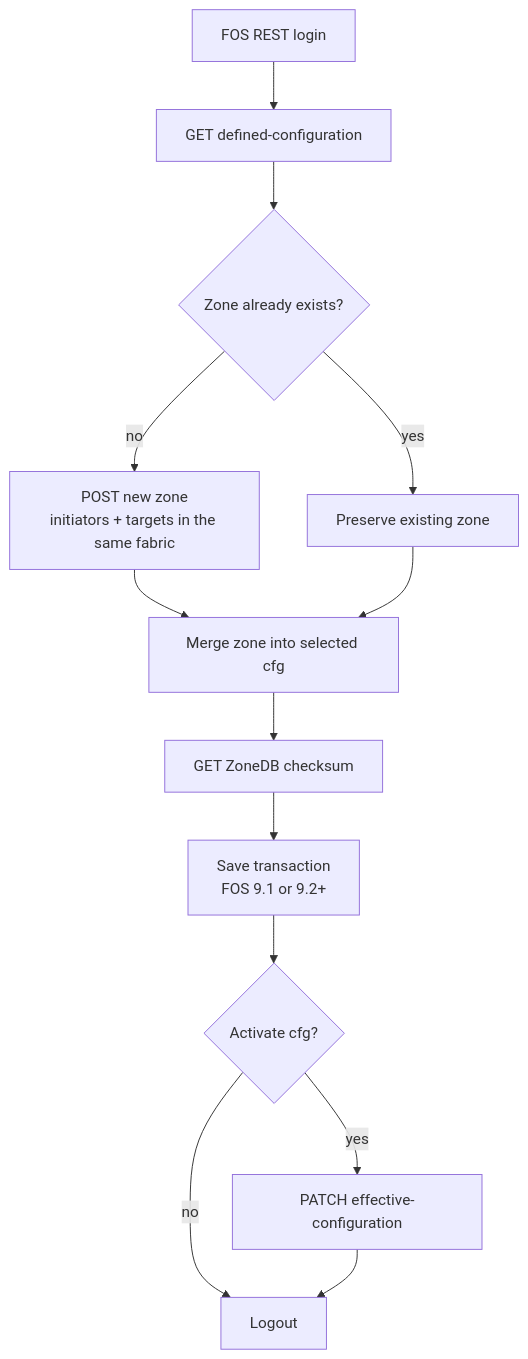
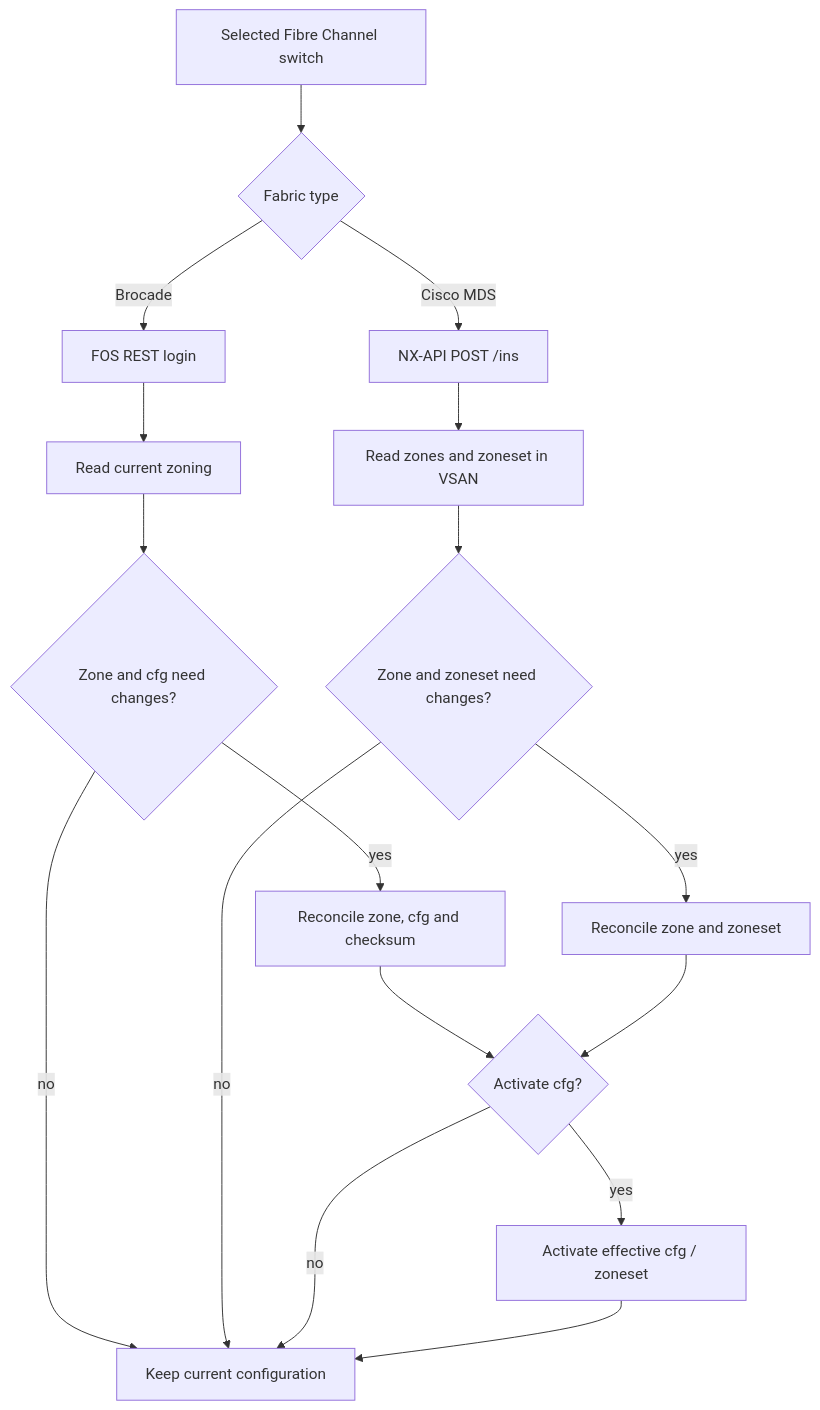
Before and after one commit to AlessandroDaudt/Dell-PPDM-PowerStore: the third of 5 diagrams in README.md, drawn with Mermaid. The commit also changed other lines of this file and 17 other files, not shown here.

Commit message:
feat: add Cisco MDS Fibre Channel zoning

````diff
--- a/README.md
+++ b/README.md
@@ -61,15 +66,19 @@
 ```mermaid
 flowchart TD
-    L[FOS REST login] --> R[GET defined-configuration]
-    R --> X{Zone already exists?}
-    X -- no --> Z[POST new zone<br/>initiators + targets in the same fabric]
-    X -- yes --> C[Preserve existing zone]
-    Z --> M[Merge zone into selected cfg]
-    C --> M
-    M --> K[GET ZoneDB checksum]
-    K --> S[Save transaction<br/>FOS 9.1 or 9.2+]
-    S --> A{Activate cfg?}
-    A -- yes --> E[PATCH effective-configuration]
-    A -- no --> O[Logout]
+    L[Selected Fibre Channel switch] --> T{Fabric type}
+    T -- Brocade --> B[FOS REST login]
+    T -- Cisco MDS --> C[NX-API POST /ins]
+    B --> R[Read current zoning]
+    C --> Q[Read zones and zoneset in VSAN]
+    R --> X{Zone and cfg need changes?}
+    Q --> Y{Zone and zoneset need changes?}
+    X -- no --> O[Keep current configuration]
+    Y -- no --> O
+    X -- yes --> Z[Reconcile zone, cfg and checksum]
+    Y -- yes --> N[Reconcile zone and zoneset]
+    Z --> A{Activate cfg?}
+    N --> A
+    A -- yes --> E[Activate effective cfg / zoneset]
+    A -- no --> O
     E --> O
 ```
````
